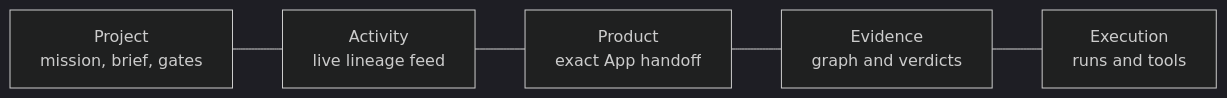
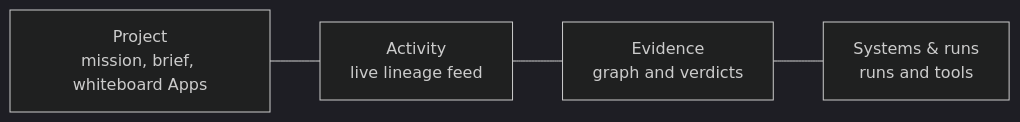
Before and after one commit to Casys-AI/casys-digital-thread: the diagram in docs/how-to/workbench/preview-native-workbench.md, drawn with Mermaid (dark theme). The commit also changed other lines of this file and 242 other files, not shown here.

````diff
--- a/docs/how-to/workbench/preview-native-workbench.md
+++ b/docs/how-to/workbench/preview-native-workbench.md
@@ -351,9 +380,8 @@
 ```mermaid
 flowchart LR
-  project["Project\nmission, brief, gates"]
+  project["Project\nmission, brief, whiteboard Apps"]
   activity["Activity\nlive lineage feed"]
-  product["Product\nexact App handoff"]
   evidence["Evidence\ngraph and verdicts"]
-  execution["Execution\nruns and tools"]
-  project --- activity --- product --- evidence --- execution
+  execution["Systems & runs\nruns and tools"]
+  project --- activity --- evidence --- execution
 ```
````
